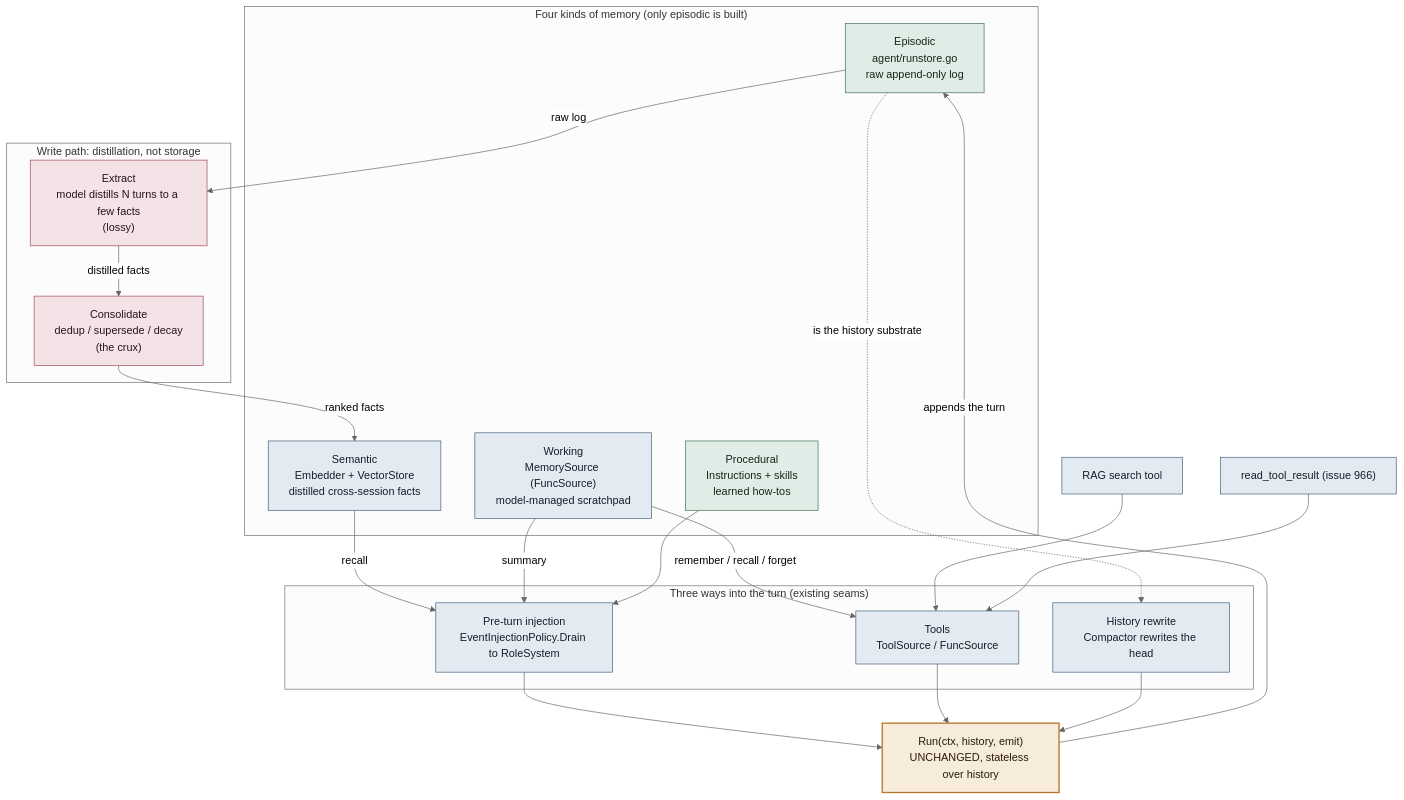
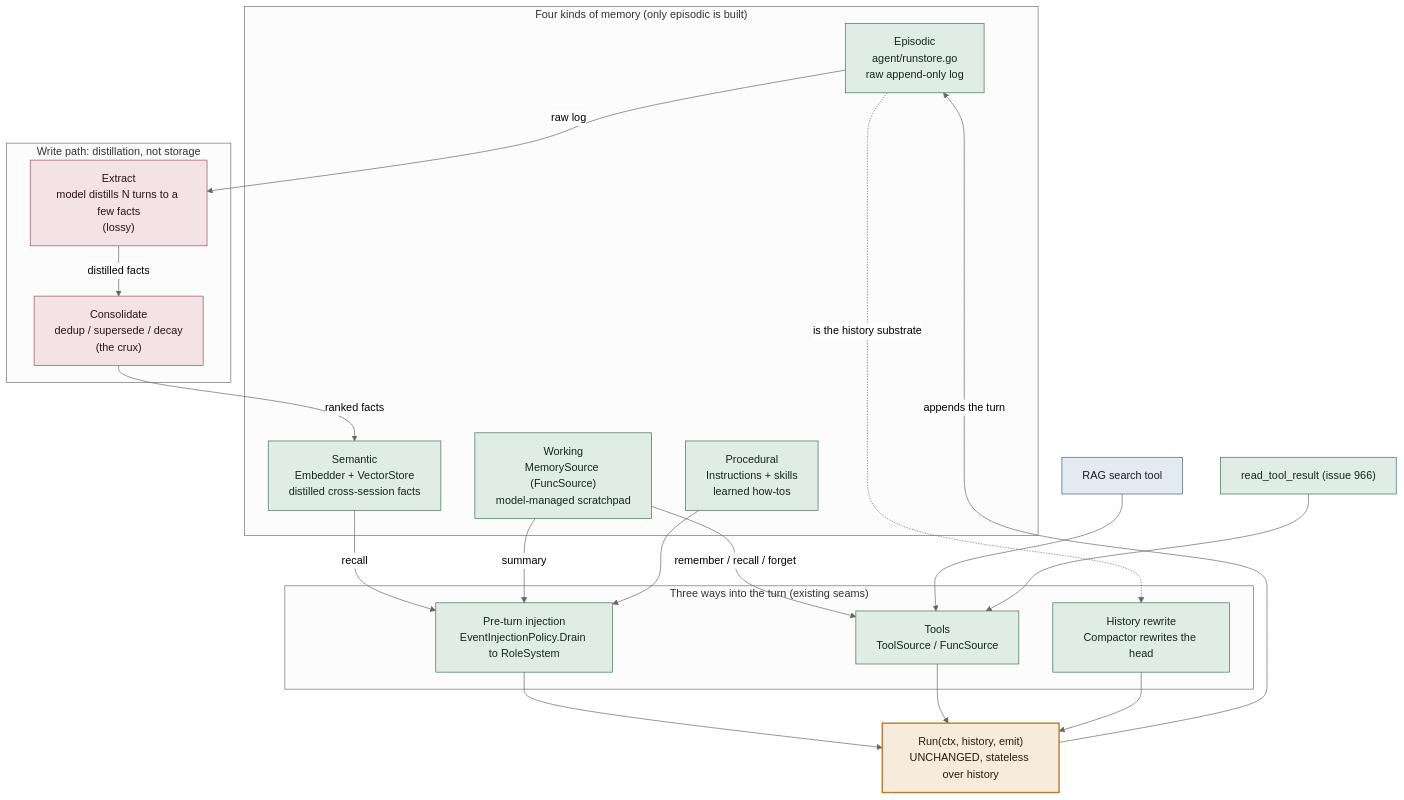
Before and after one commit to panyam/chakra: the diagram in docs/AGENT_MEMORY_FLOW.md, drawn with Mermaid (neutral theme). The commit also changed other lines of this file and 1 other file, not shown here.

````diff
--- a/docs/AGENT_MEMORY_FLOW.md
+++ b/docs/AGENT_MEMORY_FLOW.md
@@ -9,53 +9,52 @@
 ```mermaid
 flowchart TD
     subgraph TYPES["Four kinds of memory (only episodic is built)"]
         EP["Episodic<br/>agent/runstore.go<br/>raw append-only log"]
         WK["Working<br/>MemorySource (FuncSource)<br/>model-managed scratchpad"]
         SEM["Semantic<br/>Embedder + VectorStore<br/>distilled cross-session facts"]
         PROC["Procedural<br/>Instructions + skills<br/>learned how-tos"]
     end
 
     subgraph PATHS["Three ways into the turn (existing seams)"]
         INJ["Pre-turn injection<br/>EventInjectionPolicy.Drain to RoleSystem"]
         TOOL["Tools<br/>ToolSource / FuncSource"]
         HIST["History rewrite<br/>Compactor rewrites the head"]
     end
 
     RUN["Run(ctx, history, emit)<br/>UNCHANGED, stateless over history"]
 
     subgraph WRITE["Write path: distillation, not storage"]
         EXT["Extract<br/>model distills N turns to a few facts<br/>(lossy)"]
         CON["Consolidate<br/>dedup / supersede / decay<br/>(the crux)"]
     end
 
     RAG["RAG search tool"]
     OFF["read_tool_result (issue 966)"]
 
     SEM -- recall --> INJ
     WK -- summary --> INJ
     PROC --> INJ
     WK -- remember / recall / forget --> TOOL
     RAG --> TOOL
     OFF --> TOOL
     EP -. is the history substrate .-> HIST
 
     INJ --> RUN
     TOOL --> RUN
     HIST --> RUN
 
     RUN -- appends the turn --> EP
     EP -- raw log --> EXT
     EXT -- distilled facts --> CON
     CON -- ranked facts --> SEM
 
     classDef built fill:#e0ede7,stroke:#3f7057,color:#14261c;
     classDef p2 fill:#e3eaf1,stroke:#43617f,color:#141e28;
     classDef loop fill:#f7ecdb,stroke:#b8792d,color:#2a1c08,stroke-width:2px;
     classDef note fill:#f3e2e6,stroke:#a24d5f,color:#2a141a;
 
-    class EP built
-    class PROC built
-    class WK,SEM,INJ,TOOL,HIST,RAG,OFF p2
+    class EP,PROC,WK,SEM,INJ,TOOL,HIST,OFF built
+    class RAG p2
     class RUN loop
     class EXT,CON note
 ```
````
